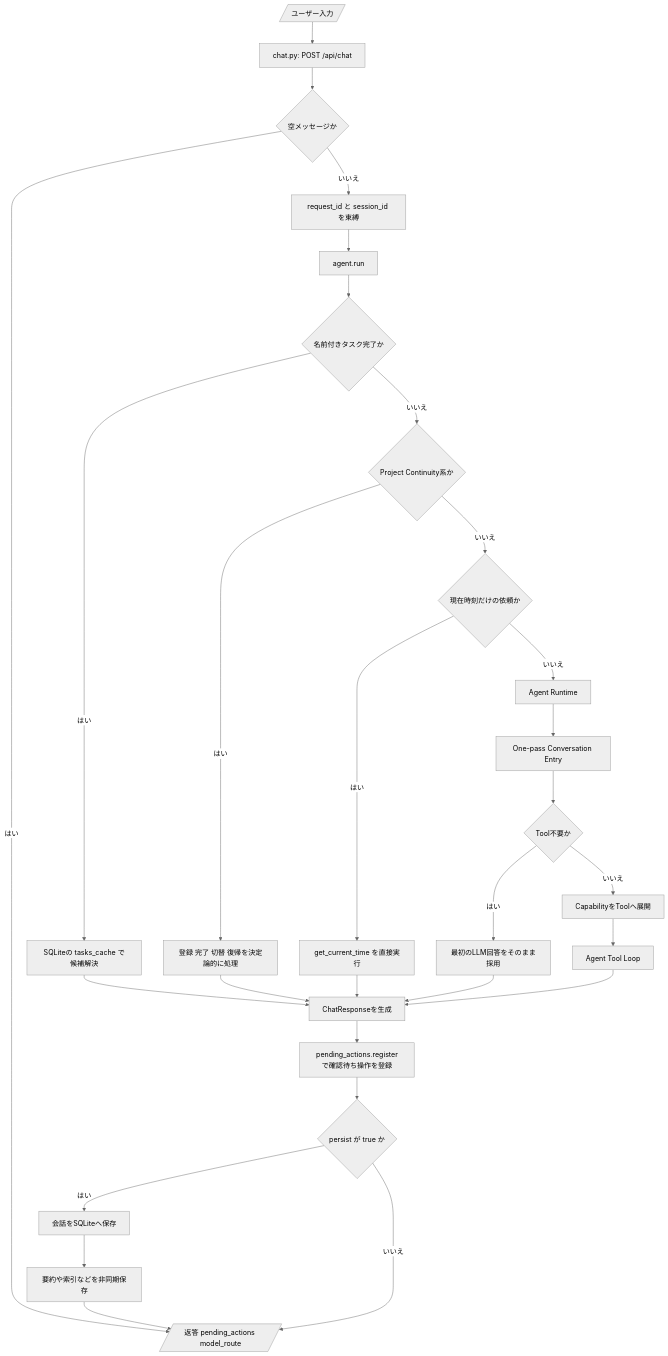
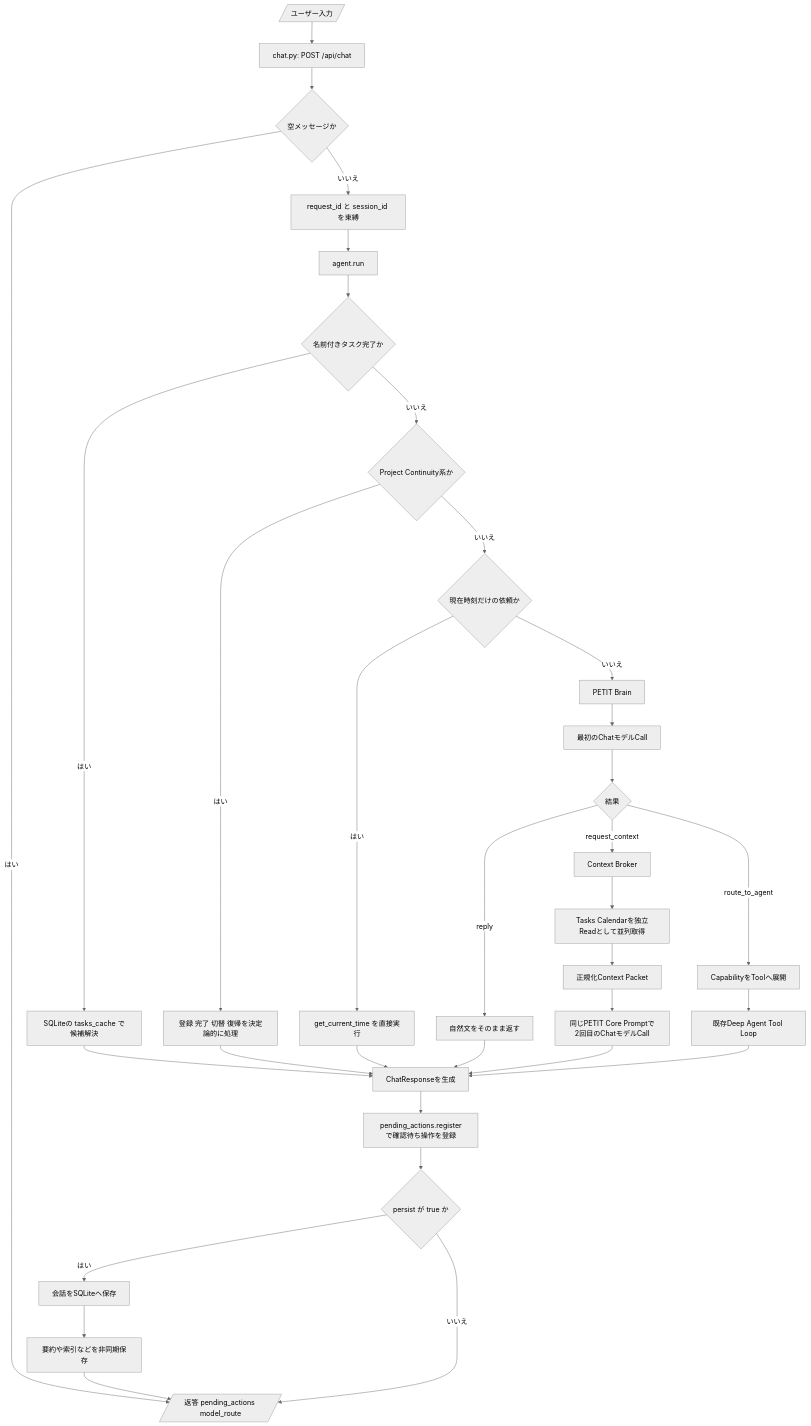
The first of 14 diagrams in docs/runtime-flows.md (Soso2e/PETIT), drawn with Mermaid (neutral theme) before and after one commit. The commit also changed other lines of this file, not shown here.

Commit message:
docs: PETIT BrainとContext Brokerフローを更新

````diff
--- a/docs/runtime-flows.md
+++ b/docs/runtime-flows.md
@@ -28,45 +31,50 @@
 ```mermaid
 flowchart TD
     input[/ユーザー入力/]
     api[chat.py: POST /api/chat]
     validate{空メッセージか}
     bind[request_id と session_id を束縛]
     agentEntry[agent.run]
 
     namedTask{名前付きタスク完了か}
     namedTaskRoute[SQLiteの tasks_cache で候補解決]
     projectRoute{Project Continuity系か}
     projectHandle[登録 完了 切替 復帰を決定論的に処理]
     exactTime{現在時刻だけの依頼か}
     timeTool[get_current_time を直接実行]
 
-    runtime[Agent Runtime]
-    entry[One-pass Conversation Entry]
-    entryResult{Tool不要か}
-    directReply[最初のLLM回答をそのまま採用]
+    brain[PETIT Brain]
+    selector[最初のChatモデルCall]
+    route{結果}
+    directReply[自然文をそのまま返す]
+    context[Context Broker]
+    parallel[Tasks Calendarを独立Readとして並列取得]
+    packet[正規化Context Packet]
+    second[同じPETIT Core Promptで2回目のChatモデルCall]
     capability[CapabilityをToolへ展開]
-    agentLoop[Agent Tool Loop]
+    agentLoop[既存Deep Agent Tool Loop]
 
     response[ChatResponseを生成]
     pending[pending_actions.registerで確認待ち操作を登録]
     persist{persist が true か}
     save[会話をSQLiteへ保存]
     artifacts[要約や索引などを非同期保存]
     output[/返答 pending_actions model_route/]
 
     input --> api --> validate
     validate -->|はい| output
     validate -->|いいえ| bind --> agentEntry
     agentEntry --> namedTask
     namedTask -->|はい| namedTaskRoute --> response
     namedTask -->|いいえ| projectRoute
     projectRoute -->|はい| projectHandle --> response
     projectRoute -->|いいえ| exactTime
     exactTime -->|はい| timeTool --> response
-    exactTime -->|いいえ| runtime --> entry --> entryResult
-    entryResult -->|はい| directReply --> response
-    entryResult -->|いいえ| capability --> agentLoop --> response
+    exactTime -->|いいえ| brain --> selector --> route
+    route -->|reply| directReply --> response
+    route -->|request_context| context --> parallel --> packet --> second --> response
+    route -->|route_to_agent| capability --> agentLoop --> response
     response --> pending --> persist
     persist -->|はい| save --> artifacts --> output
     persist -->|いいえ| output
 ```
````
